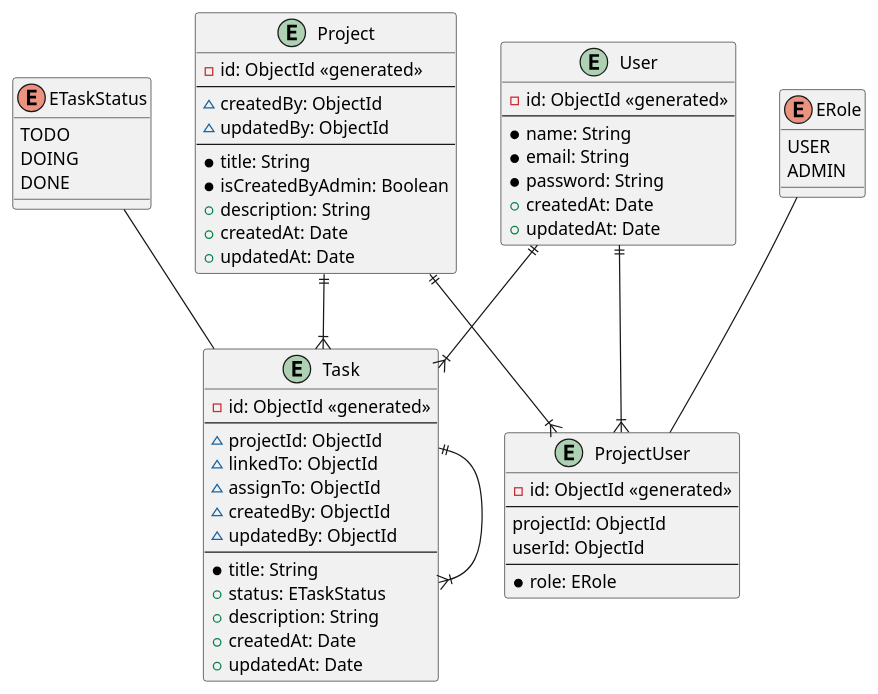
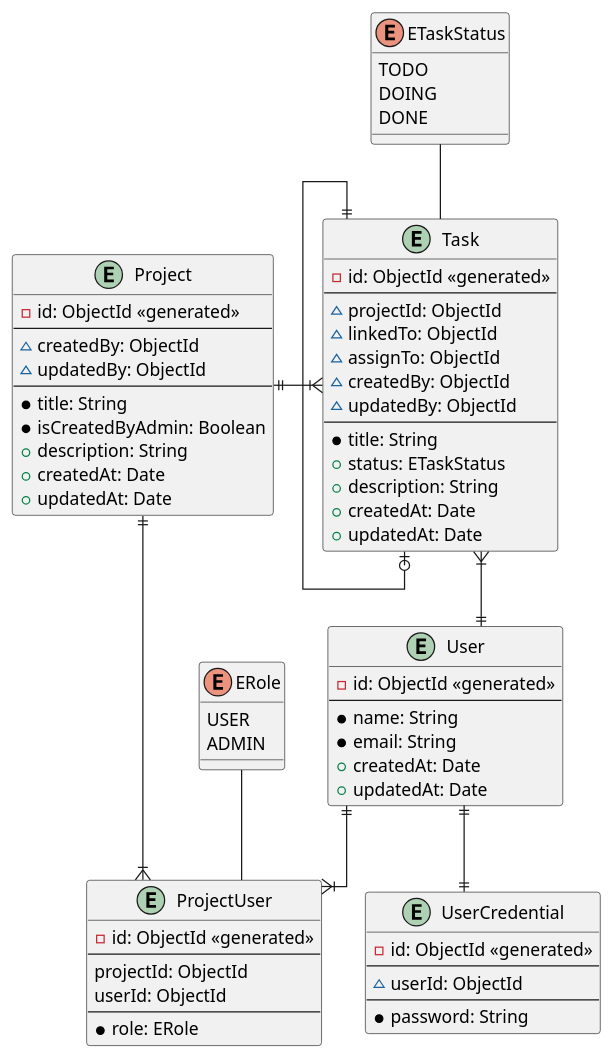
Before and after one commit to thang0206/OnBoard-training: the diagram in backend/docs/entity/erd.plantuml, drawn with PlantUML. The commit also changed 25 other files, not shown here.

Commit message:
OB-04 | Fix ERD, auth controller and add relation

```diff
--- a/backend/docs/entity/erd.plantuml
+++ b/backend/docs/entity/erd.plantuml
@@ -1,72 +1,80 @@
 @startuml TODO
 
-' skinparam linetype ortho
+skinparam linetype ortho
 
 entity User {
     -id: ObjectId <<generated>>
     --
     *name: String
     *email: String
-    *password: String
     +createdAt: Date
     +updatedAt: Date
 }
 
 entity Task {
     -id: ObjectId <<generated>>
     --
     ~projectId: ObjectId
     ~linkedTo: ObjectId
     ~assignTo: ObjectId
     ~createdBy: ObjectId
     ~updatedBy: ObjectId
     --
     *title: String
     +status: ETaskStatus
     +description: String
     +createdAt: Date
     +updatedAt: Date
 }
 
 entity Project {
     -id: ObjectId <<generated>>
     --
     ~createdBy: ObjectId
     ~updatedBy: ObjectId
     --
     *title: String
     *isCreatedByAdmin: Boolean
     +description: String
     +createdAt: Date
     +updatedAt: Date
 }
 
 entity ProjectUser {
     -id: ObjectId <<generated>>
     --
     projectId: ObjectId
     userId: ObjectId
     --
     *role: ERole
 }
 
+entity UserCredential {
+    -id: ObjectId <<generated>>
+    --
+    ~userId: ObjectId
+    --
+    *password: String
+}
+
 enum ERole {
     USER
     ADMIN
 }
 
 enum ETaskStatus {
     TODO
     DOING
     DONE
 }
 
-User ||--|{ Task
-Task ||--|{ Task
+Task }|--|| User
+Task ||--o| Task
 Project ||-|{ Task
 Project ||--|{ ProjectUser
 User ||--|{ ProjectUser
+User ||--|| UserCredential
 ETaskStatus -- Task
 ERole -- ProjectUser
 
 @enduml
```
